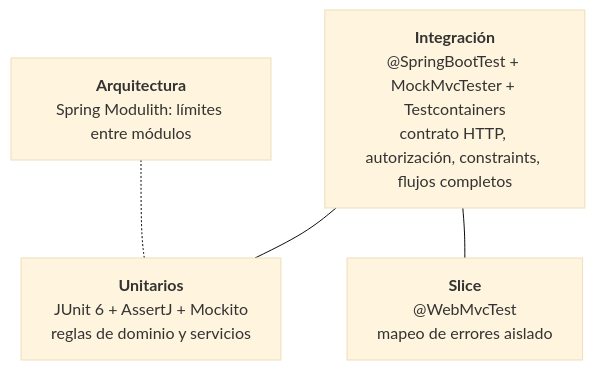
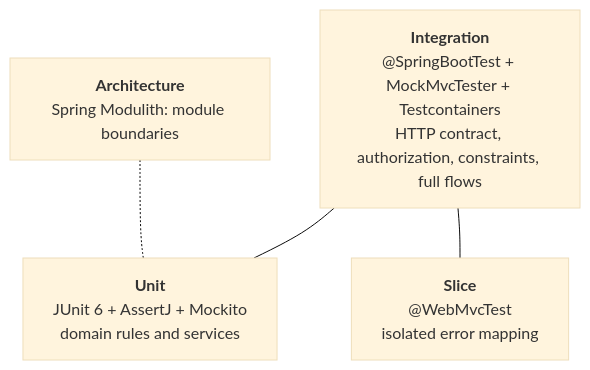
The first of 2 diagrams in docs/06-quality-and-workflow.md (paulaciano/streamstories), drawn with Mermaid (base theme) before and after one commit. The commit also changed other lines of this file and 26 other files, not shown here.

````diff
--- a/docs/06-quality-and-workflow.md
+++ b/docs/06-quality-and-workflow.md
@@ -7,10 +7,10 @@
 ```mermaid
 flowchart TB
-    e2e["<b>Integración</b><br/>@SpringBootTest + MockMvcTester + Testcontainers<br/>contrato HTTP, autorización, constraints, flujos completos"]
-    unit["<b>Unitarios</b><br/>JUnit 6 + AssertJ + Mockito<br/>reglas de dominio y servicios"]
-    slice["<b>Slice</b><br/>@WebMvcTest<br/>mapeo de errores aislado"]
-    arch["<b>Arquitectura</b><br/>Spring Modulith: límites entre módulos"]
+    e2e["<b>Integration</b><br/>@SpringBootTest + MockMvcTester + Testcontainers<br/>HTTP contract, authorization, constraints, full flows"]
+    unit["<b>Unit</b><br/>JUnit 6 + AssertJ + Mockito<br/>domain rules and services"]
+    slice["<b>Slice</b><br/>@WebMvcTest<br/>isolated error mapping"]
+    arch["<b>Architecture</b><br/>Spring Modulith: module boundaries"]
     e2e --- unit
     e2e --- slice
     arch -.- unit
 ```
````
